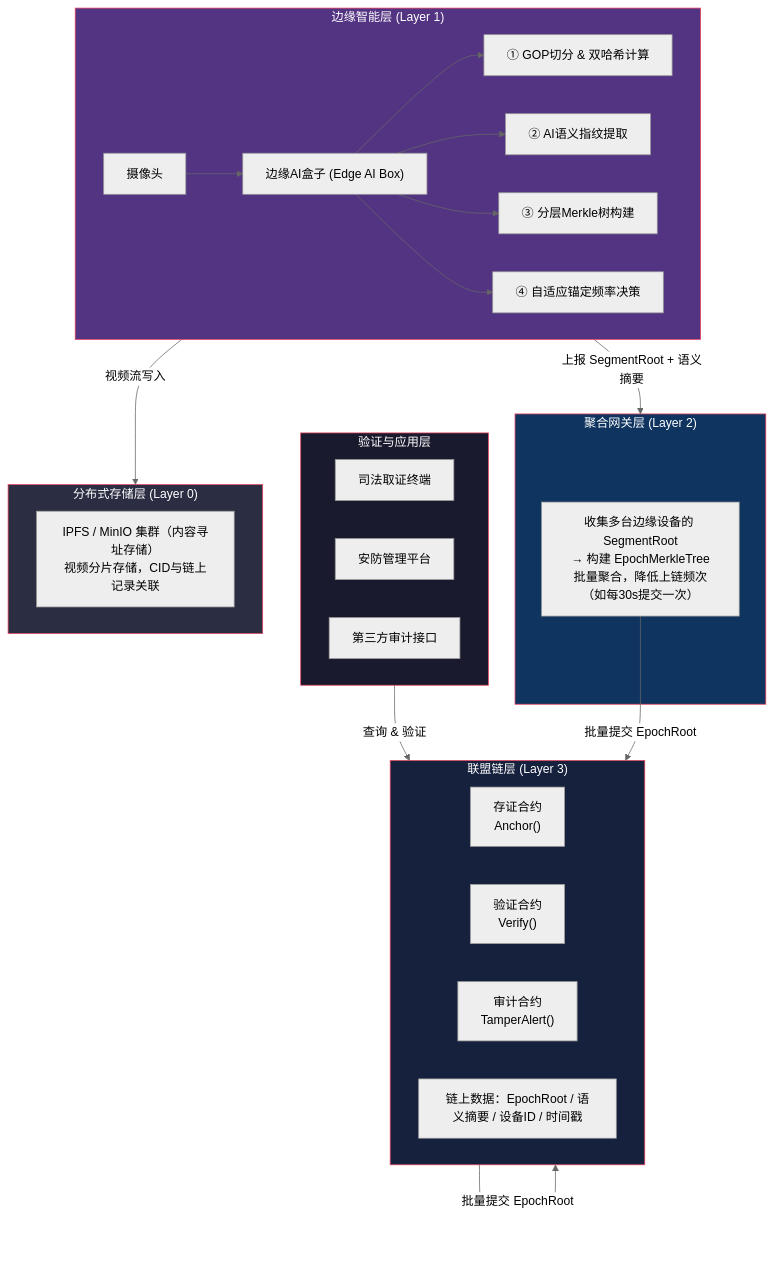
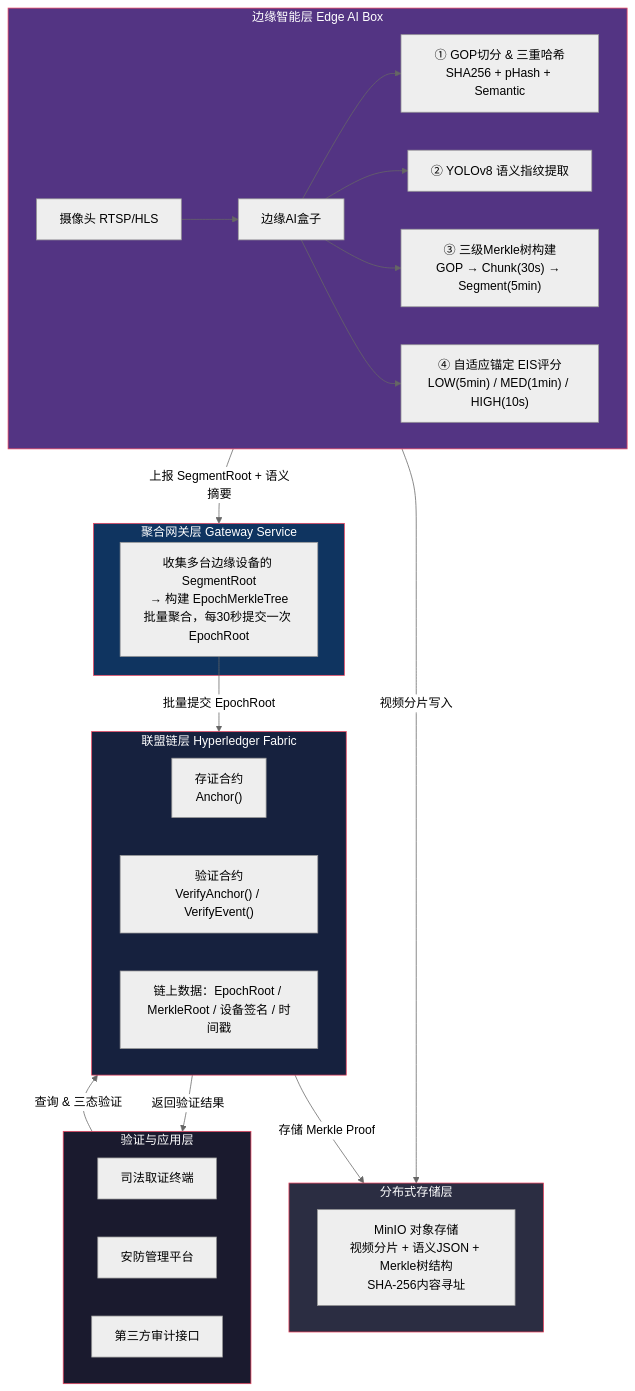
The diagram in README.md (NgokzittYu/CCTV-W-FABRIC), drawn with Mermaid (neutral theme) before and after one commit.

Commit message:
260316 readmeUpdate2

````diff
--- a/README.md
+++ b/README.md
@@ -68,43 +68,43 @@
 ```mermaid
 flowchart TB
     subgraph L4["验证与应用层"]
         A1["司法取证终端"]
         A2["安防管理平台"]
         A3["第三方审计接口"]
     end
 
-    subgraph L3["联盟链层 (Layer 3)"]
+    subgraph L3["联盟链层 Hyperledger Fabric"]
         C1["存证合约<br>Anchor()"]
-        C2["验证合约<br>Verify()"]
-        C3["审计合约<br>TamperAlert()"]
-        CD["链上数据：EpochRoot / 语义摘要 / 设备ID / 时间戳"]
+        C2["验证合约<br>VerifyAnchor() / VerifyEvent()"]
+        CD["链上数据：EpochRoot / MerkleRoot / 设备签名 / 时间戳"]
     end
 
-    subgraph L2["聚合网关层 (Layer 2)"]
-        GW["收集多台边缘设备的 SegmentRoot<br>→ 构建 EpochMerkleTree<br>批量聚合，降低上链频次（如每30s提交一次）"]
+    subgraph L2["聚合网关层 Gateway Service"]
+        GW["收集多台边缘设备的 SegmentRoot<br>→ 构建 EpochMerkleTree<br>批量聚合，每30秒提交一次 EpochRoot"]
     end
 
-    subgraph L1["边缘智能层 (Layer 1)"]
-        CAM["摄像头"] --> BOX["边缘AI盒子 (Edge AI Box)"]
-        BOX --> B1["① GOP切分 & 双哈希计算"]
-        BOX --> B2["② AI语义指纹提取"]
-        BOX --> B3["③ 分层Merkle树构建"]
-        BOX --> B4["④ 自适应锚定频率决策"]
+    subgraph L1["边缘智能层 Edge AI Box"]
+        CAM["摄像头 RTSP/HLS"] --> BOX["边缘AI盒子"]
+        BOX --> B1["① GOP切分 & 三重哈希<br>SHA256 + pHash + Semantic"]
+        BOX --> B2["② YOLOv8 语义指纹提取"]
+        BOX --> B3["③ 三级Merkle树构建<br>GOP → Chunk(30s) → Segment(5min)"]
+        BOX --> B4["④ 自适应锚定 EIS评分<br>LOW(5min) / MED(1min) / HIGH(10s)"]
     end
 
-    subgraph L0["分布式存储层 (Layer 0)"]
-        IPFS["IPFS / MinIO 集群（内容寻址存储）<br>视频分片存储，CID与链上记录关联"]
+    subgraph L0["分布式存储层"]
+        MINIO["MinIO 对象存储<br>视频分片 + 语义JSON + Merkle树结构<br>SHA-256内容寻址"]
     end
 
-    L4 -->|"查询 & 验证"| L3
-    L3 -->|"批量提交 EpochRoot"| L3
+    L4 -->|"查询 & 三态验证"| L3
+    L3 -->|"返回验证结果"| L4
     GW -->|"批量提交 EpochRoot"| L3
     L1 -->|"上报 SegmentRoot + 语义摘要"| L2
-    L1 -->|"视频流写入"| L0
+    L1 -->|"视频分片写入"| L0
+    L3 -->|"存储 Merkle Proof"| L0
 
     style L4 fill:#1a1a2e,stroke:#e94560,color:#fff
     style L3 fill:#16213e,stroke:#e94560,color:#fff
     style L2 fill:#0f3460,stroke:#e94560,color:#fff
     style L1 fill:#533483,stroke:#e94560,color:#fff
     style L0 fill:#2b2d42,stroke:#e94560,color:#fff
 ```
````
